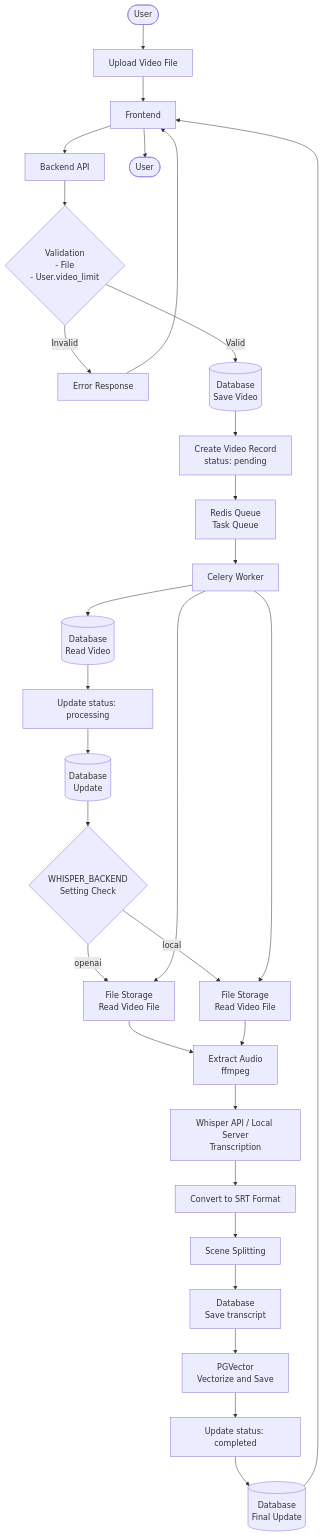
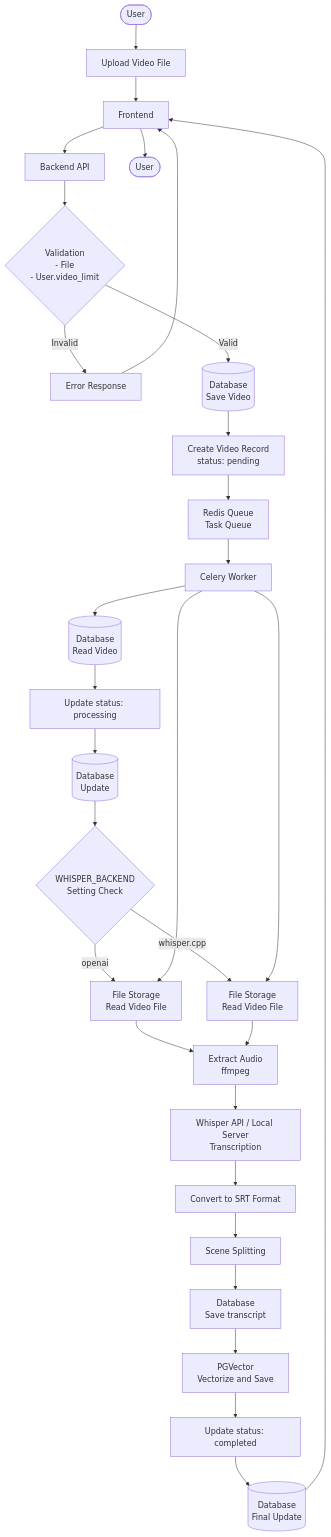
The first of 6 diagrams in docs/database/data-flow-diagram.md (yukiharada1228/videoq), drawn with Mermaid before and after one commit. The commit also changed 9 other files, not shown here.

First line of the commit message:
refactor: rename WHISPER_BACKEND value from "local" to "whisper.cpp"

````diff
--- a/docs/database/data-flow-diagram.md
+++ b/docs/database/data-flow-diagram.md
@@ -9,39 +9,39 @@
 ```mermaid
 flowchart TD
     Start([User]) --> Upload[Upload Video File]
     Upload --> Frontend[Frontend]
     Frontend --> API[Backend API]
     
     API --> Validate{"Validation<br>- File<br>- User.video_limit"}
     Validate -->|Invalid| Error[Error Response]
     Validate -->|Valid| SaveDB[(Database<br/>Save Video)]
     
     SaveDB --> CreateRecord[Create Video Record<br/>status: pending]
     CreateRecord --> Queue[Redis Queue<br/>Task Queue]
     
     Queue --> Worker[Celery Worker]
     Worker --> ReadDB[(Database<br/>Read Video)]
     ReadDB --> UpdateStatus[Update status: processing]
     UpdateStatus --> SaveDB2[(Database<br/>Update)]
     
     SaveDB2 --> CheckBackend{"WHISPER_BACKEND<br>Setting Check"}
-    CheckBackend -->|local| ReadFile2[File Storage<br/>Read Video File]
+    CheckBackend -->|whisper.cpp| ReadFile2[File Storage<br/>Read Video File]
     CheckBackend -->|openai| ReadFile[File Storage<br/>Read Video File]
 
     Worker --> ReadFile[File Storage<br/>Read Video File]
     Worker --> ReadFile2
     ReadFile --> Extract[Extract Audio<br/>ffmpeg]
     ReadFile2 --> Extract
     Extract --> Transcribe[Whisper API / Local Server<br/>Transcription]
     Transcribe --> SRT[Convert to SRT Format]
     SRT --> SceneSplit[Scene Splitting]
     
     SceneSplit --> SaveTranscript[Database<br/>Save transcript]
     SaveTranscript --> Vectorize[PGVector<br/>Vectorize and Save]
     Vectorize --> UpdateComplete[Update status: completed]
     UpdateComplete --> SaveDB3[(Database<br/>Final Update)]
     
     Error --> Frontend
     SaveDB3 --> Frontend
     Frontend --> End([User])
 ```
````
